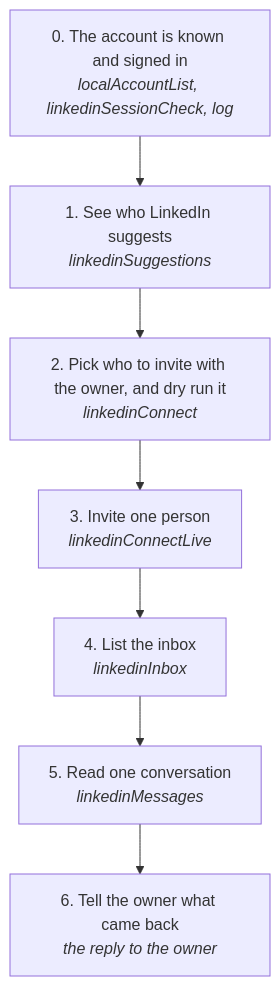
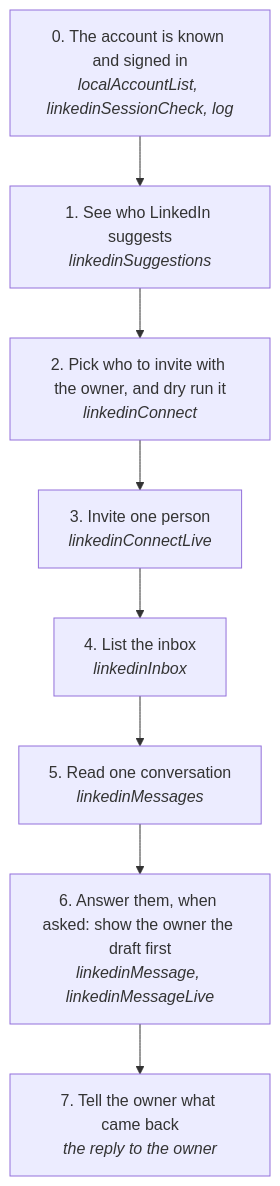
The diagram in docs/useCases/linkedin/network.md (matthewdonsemail-lab/log), drawn with Mermaid before and after one commit. The commit also changed other lines of this file and 76 other files, not shown here.

Commit message:
linkedin repost and message, har4 read by rea, and Chrome recordings as runs

````diff
--- a/docs/useCases/linkedin/network.md
+++ b/docs/useCases/linkedin/network.md
@@ -14,16 +14,18 @@
 ```mermaid
 flowchart TD
   s0["0. The account is known and signed in<br/><i>localAccountList, linkedinSessionCheck, log</i>"]
   s1["1. See who LinkedIn suggests<br/><i>linkedinSuggestions</i>"]
   s2["2. Pick who to invite with the owner, and dry run it<br/><i>linkedinConnect</i>"]
   s3["3. Invite one person<br/><i>linkedinConnectLive</i>"]
   s4["4. List the inbox<br/><i>linkedinInbox</i>"]
   s5["5. Read one conversation<br/><i>linkedinMessages</i>"]
-  s6["6. Tell the owner what came back<br/><i>the reply to the owner</i>"]
+  s6["6. Answer them, when asked: show the owner the draft first<br/><i>linkedinMessage, linkedinMessageLive</i>"]
+  s7["7. Tell the owner what came back<br/><i>the reply to the owner</i>"]
   s0 --> s1
   s1 --> s2
   s2 --> s3
   s3 --> s4
   s4 --> s5
   s5 --> s6
+  s6 --> s7
 ```
````
